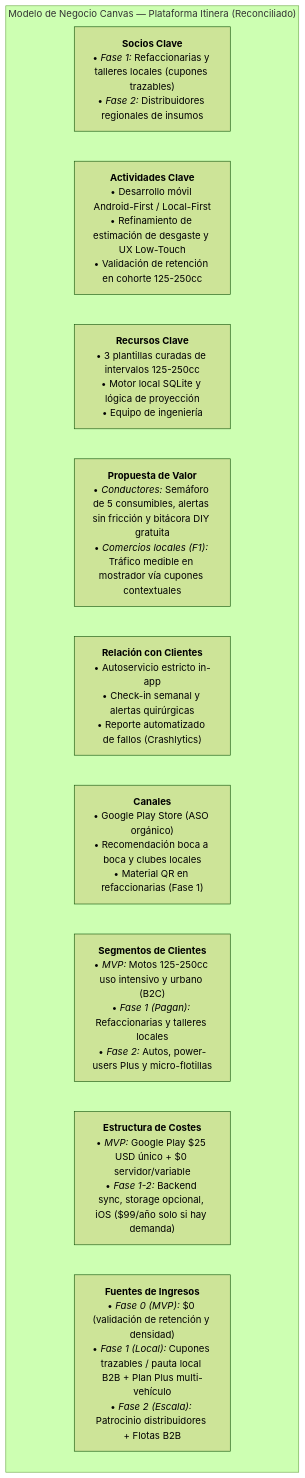
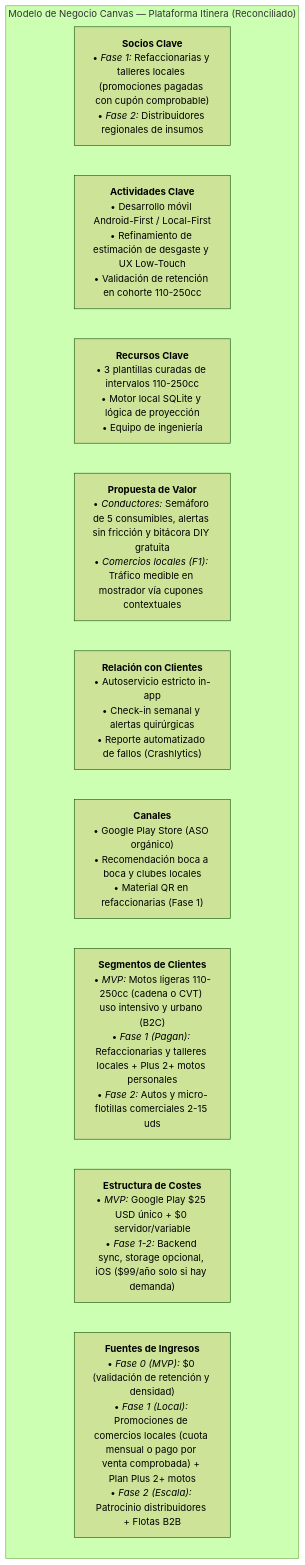
One commit to OGShawnLee/Itinera changed the diagram in .routing/academic/SPECIFICATION.md. Above: the diagram before and after it, drawn with Mermaid (forest theme). The commit also changed other lines of this file and 19 other files, not shown here.

````diff
--- a/.routing/academic/SPECIFICATION.md
+++ b/.routing/academic/SPECIFICATION.md
@@ -157,15 +158,15 @@
 ```mermaid
 flowchart TD
     subgraph Negocio["Modelo de Negocio Canvas — Plataforma Itinera (Reconciliado)"]
         direction LR
-        Socios["<b>Socios Clave</b><br/>• <i>Fase 1:</i> Refaccionarias y talleres locales (cupones trazables)<br/>• <i>Fase 2:</i> Distribuidores regionales de insumos"]
-        Actividades["<b>Actividades Clave</b><br/>• Desarrollo móvil Android-First / Local-First<br/>• Refinamiento de estimación de desgaste y UX Low-Touch<br/>• Validación de retención en cohorte 125-250cc"]
-        Recursos["<b>Recursos Clave</b><br/>• 3 plantillas curadas de intervalos 125-250cc<br/>• Motor local SQLite y lógica de proyección<br/>• Equipo de ingeniería"]
+        Socios["<b>Socios Clave</b><br/>• <i>Fase 1:</i> Refaccionarias y talleres locales (promociones pagadas con cupón comprobable)<br/>• <i>Fase 2:</i> Distribuidores regionales de insumos"]
+        Actividades["<b>Actividades Clave</b><br/>• Desarrollo móvil Android-First / Local-First<br/>• Refinamiento de estimación de desgaste y UX Low-Touch<br/>• Validación de retención en cohorte 110-250cc"]
+        Recursos["<b>Recursos Clave</b><br/>• 3 plantillas curadas de intervalos 110-250cc<br/>• Motor local SQLite y lógica de proyección<br/>• Equipo de ingeniería"]
         Propuesta["<b>Propuesta de Valor</b><br/>• <i>Conductores:</i> Semáforo de 5 consumibles, alertas sin fricción y bitácora DIY gratuita<br/>• <i>Comercios locales (F1):</i> Tráfico medible en mostrador vía cupones contextuales"]
         Relacion["<b>Relación con Clientes</b><br/>• Autoservicio estricto in-app<br/>• Check-in semanal y alertas quirúrgicas<br/>• Reporte automatizado de fallos (Crashlytics)"]
         Canales["<b>Canales</b><br/>• Google Play Store (ASO orgánico)<br/>• Recomendación boca a boca y clubes locales<br/>• Material QR en refaccionarias (Fase 1)"]
-        Segmentos["<b>Segmentos de Clientes</b><br/>• <i>MVP:</i> Motos 125-250cc uso intensivo y urbano (B2C)<br/>• <i>Fase 1 (Pagan):</i> Refaccionarias y talleres locales<br/>• <i>Fase 2:</i> Autos, power-users Plus y micro-flotillas"]
+        Segmentos["<b>Segmentos de Clientes</b><br/>• <i>MVP:</i> Motos ligeras 110-250cc (cadena o CVT) uso intensivo y urbano (B2C)<br/>• <i>Fase 1 (Pagan):</i> Refaccionarias y talleres locales + Plus 2+ motos personales<br/>• <i>Fase 2:</i> Autos y micro-flotillas comerciales 2-15 uds"]
         Costos["<b>Estructura de Costes</b><br/>• <i>MVP:</i> Google Play $25 USD único + $0 servidor/variable<br/>• <i>Fase 1-2:</i> Backend sync, storage opcional, iOS ($99/año solo si hay demanda)"]
-        Ingresos["<b>Fuentes de Ingresos</b><br/>• <i>Fase 0 (MVP):</i> $0 (validación de retención y densidad)<br/>• <i>Fase 1 (Local):</i> Cupones trazables / pauta local B2B + Plan Plus multi-vehículo<br/>• <i>Fase 2 (Escala):</i> Patrocinio distribuidores + Flotas B2B"]
+        Ingresos["<b>Fuentes de Ingresos</b><br/>• <i>Fase 0 (MVP):</i> $0 (validación de retención y densidad)<br/>• <i>Fase 1 (Local):</i> Promociones de comercios locales (cuota mensual o pago por venta comprobada) + Plan Plus 2+ motos<br/>• <i>Fase 2 (Escala):</i> Patrocinio distribuidores + Flotas B2B"]
     end
 ```
````
